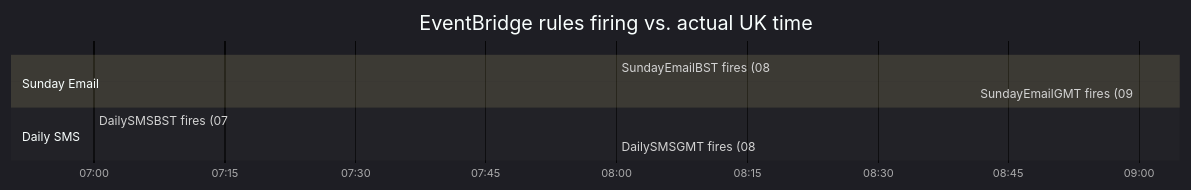
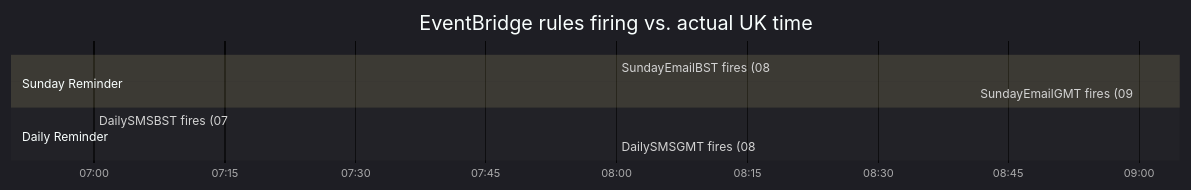
Before and after one commit to baldrickuk/washingmachine-notifications: the ninth of 10 diagrams in docs/architecture.md, drawn with Mermaid. The commit also changed other lines of this file and 1 other file, not shown here.

First line of the commit message:
Update architecture and threat model docs

````diff
--- a/docs/architecture.md
+++ b/docs/architecture.md
@@ -262,16 +337,16 @@
 ```mermaid
 %%{init: {'theme': 'dark', 'themeVariables': {'primaryColor': '#1e3a5f', 'primaryTextColor': '#c9d1d9', 'primaryBorderColor': '#4a7ab5', 'lineColor': '#58a6ff', 'edgeLabelBackground': '#0d1117'}}}%%
 
 gantt
     title EventBridge rules firing vs. actual UK time
     dateFormat HH:mm
     axisFormat %H:%M
 
-    section Sunday Email
+    section Sunday Reminder
     SundayEmailBST fires (08:00 UTC → 09:00 BST ✓) : milestone, 08:00, 0m
     SundayEmailGMT fires (09:00 UTC → 09:00 GMT ✓) : milestone, 09:00, 0m
 
-    section Daily SMS
+    section Daily Reminder
     DailySMSBST fires (07:00 UTC → 08:00 BST ✓) : milestone, 07:00, 0m
     DailySMSGMT fires (08:00 UTC → 08:00 GMT ✓) : milestone, 08:00, 0m
 ```
````
